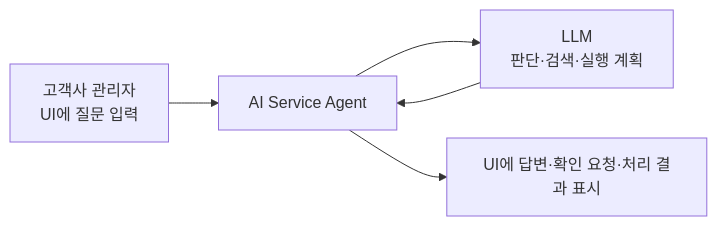
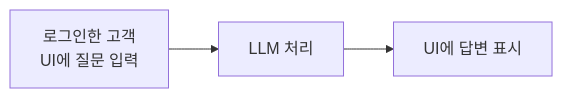
One commit to hak023/sip_pbx changed the second of 8 diagrams in docs/AI_SERVICE_AGENT_SERVICE_INTRODUCTION.md. Above: the diagram before and after it, drawn with Mermaid. The commit also changed other lines of this file and 2 other files, not shown here.

Commit message:
docs: clarify PoC self-service flow

````diff
--- a/docs/AI_SERVICE_AGENT_SERVICE_INTRODUCTION.md
+++ b/docs/AI_SERVICE_AGENT_SERVICE_INTRODUCTION.md
@@ -41,7 +41,5 @@
 ```mermaid
 flowchart LR
-    U[고객사 관리자\nUI에 질문 입력] --> A[AI Service Agent]
-    A --> L[LLM\n판단·검색·실행 계획]
-    L --> A
-    A --> R[UI에 답변·확인 요청·처리 결과 표시]
+    U[로그인한 고객\nUI에 질문 입력] --> L[LLM 처리]
+    L --> R[UI에 답변 표시]
 ```
````
